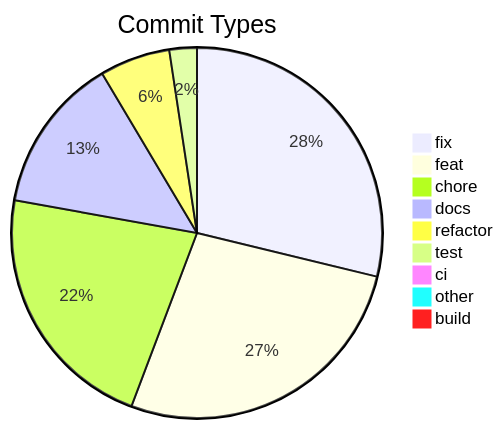
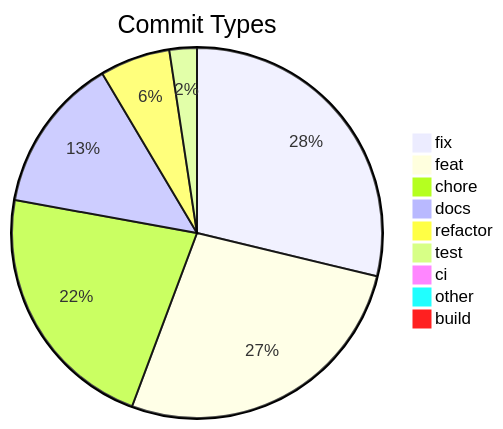
The diagram in .shipwright/compliance/change-history.md (svenroth-ai/shipwright), drawn with Mermaid before and after one commit. The commit also changed other lines of this file and 25 other files, not shown here.

````diff
--- a/.shipwright/compliance/change-history.md
+++ b/.shipwright/compliance/change-history.md
@@ -8,12 +8,12 @@
 ```mermaid
 pie title Commit Types
     "fix" : 300
     "feat" : 281
-    "chore" : 230
+    "chore" : 231
     "docs" : 142
     "refactor" : 64
     "test" : 25
     "ci" : 7
     "other" : 7
     "build" : 1
 ```
````
